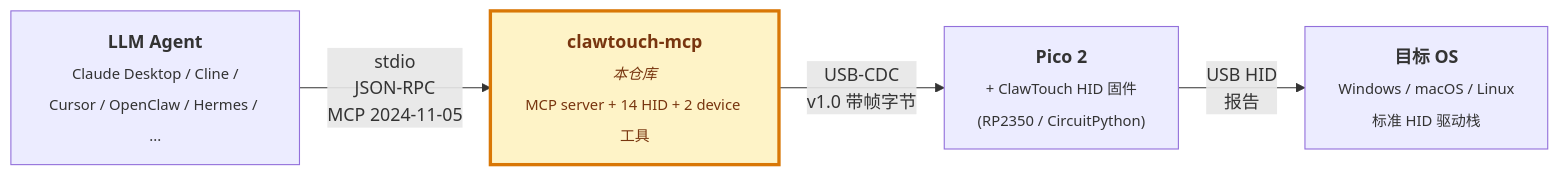
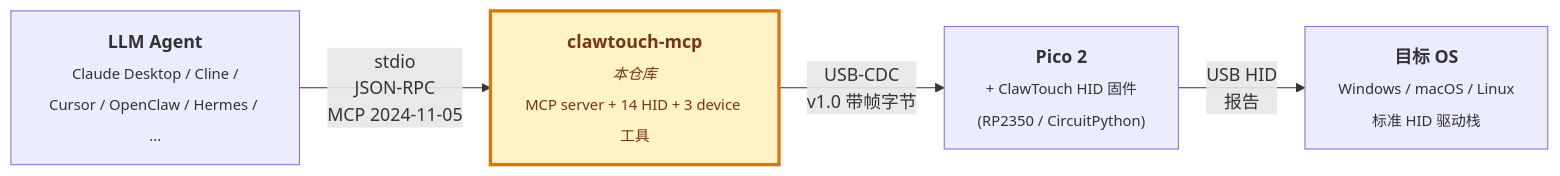
The diagram in README.zh-CN.md (tinqiao-oss/clawtouch-mcp), drawn with Mermaid before and after one commit. The commit also changed other lines of this file and 26 other files, not shown here.

````diff
--- a/README.zh-CN.md
+++ b/README.zh-CN.md
@@ -419,9 +420,9 @@
 ```mermaid
 flowchart LR
     A["<b>LLM Agent</b><br/><sub>Claude Desktop / Cline /<br/>Cursor / OpenClaw / Hermes / ...</sub>"]
-        -->|"stdio<br/>JSON-RPC<br/>MCP 2024-11-05"| B["<b>clawtouch-mcp</b><br/><sub><i>本仓库</i><br/>MCP server + 14 HID + 2 device 工具</sub>"]
+        -->|"stdio<br/>JSON-RPC<br/>MCP 2024-11-05"| B["<b>clawtouch-mcp</b><br/><sub><i>本仓库</i><br/>MCP server + 14 HID + 3 device 工具</sub>"]
     B -->|"USB-CDC<br/>v1.0 带帧字节"| C["<b>Pico 2</b><br/><sub>+ ClawTouch HID 固件<br/>(RP2350 / CircuitPython)</sub>"]
     C -->|"USB HID<br/>报告"| D["<b>目标 OS</b><br/><sub>Windows / macOS / Linux<br/>标准 HID 驱动栈</sub>"]
     classDef this fill:#fef3c7,stroke:#d97706,stroke-width:3px,color:#78350f;
     class B this;
 ```
````
